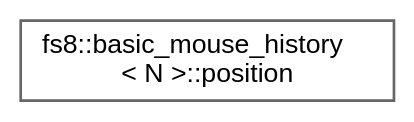
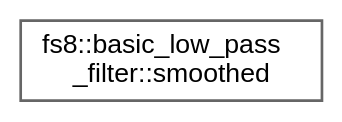
The diagram in api/inherit_graph_29.dot (the-moisrex/foresight), drawn with Graphviz before and after one commit. The commit also changed 419 other files, not shown here.

```diff
--- a/api/inherit_graph_29.dot
+++ b/api/inherit_graph_29.dot
@@ -1,9 +1,9 @@
 digraph "Graphical Class Hierarchy"
 {
  // LATEX_PDF_SIZE
   bgcolor="transparent";
   edge [fontname=Helvetica,fontsize=10,labelfontname=Helvetica,labelfontsize=10];
   node [fontname=Helvetica,fontsize=10,shape=box,height=0.2,width=0.4];
   rankdir="LR";
-  Node0 [id="Node000000",label="fs8::basic_mouse_history\l\< N \>::position",height=0.2,width=0.4,color="grey40", fillcolor="white", style="filled",URL="$structfs8_1_1basic__mouse__history_1_1position.html",tooltip=" "];
+  Node0 [id="Node000000",label="fs8::basic_low_pass\l_filter::smoothed",height=0.2,width=0.4,color="grey40", fillcolor="white", style="filled",URL="$structfs8_1_1basic__low__pass__filter_1_1smoothed.html",tooltip=" "];
 }
```
